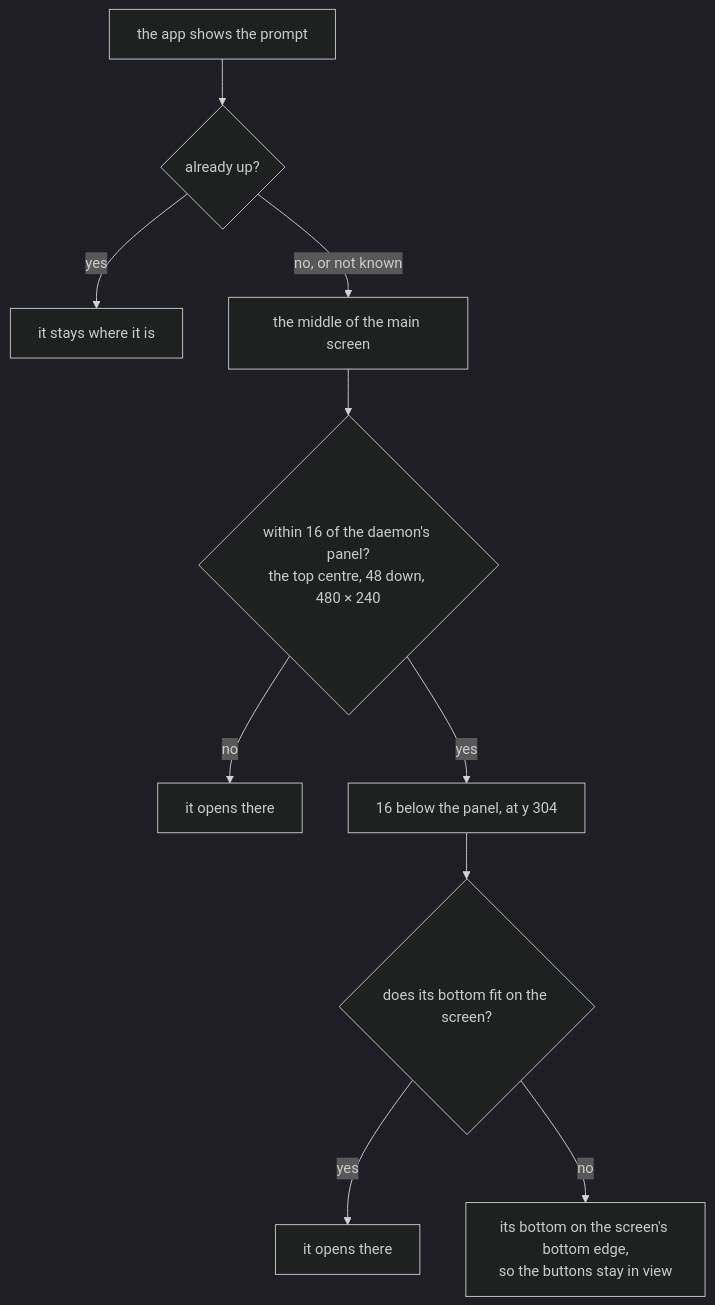
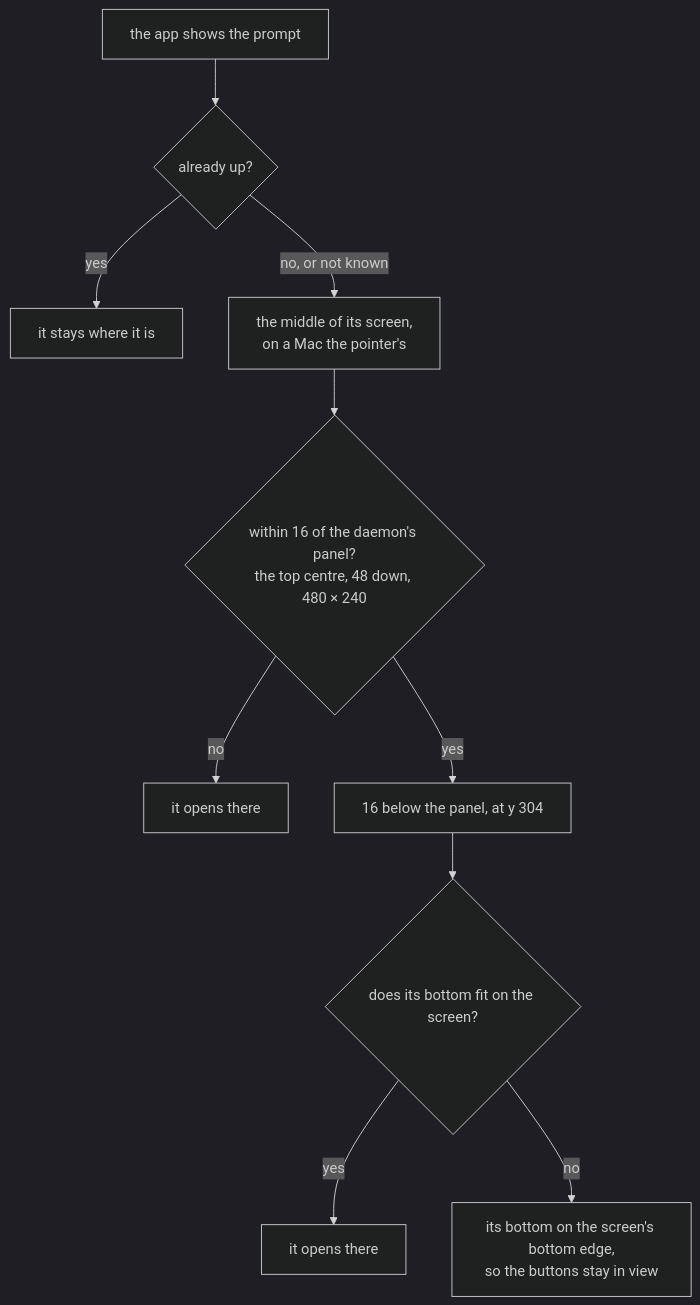
Before and after one commit to gjovanov/roomler-ai: diagram 27 of 44 in docs/desktop-companion.md, drawn with Mermaid (dark theme). The commit also changed other lines of this file and 8 other files, not shown here.

First line of the commit message:
fix(consent): on a Mac with several screens the daemon's panel and the app's prompt open on the pointer's screen

````diff
--- a/docs/desktop-companion.md
+++ b/docs/desktop-companion.md
@@ -2478,12 +2478,12 @@
 ```mermaid
 flowchart TD
     S[the app shows the prompt] --> V{already up?}
     V -- yes --> K[it stays where it is]
-    V -- no, or not known --> M[the middle of the main screen]
+    V -- no, or not known --> M[the middle of its screen,<br/>on a Mac the pointer's]
     M --> N{within 16 of the daemon's panel?<br/>the top centre, 48 down, 480 × 240}
     N -- no --> P[it opens there]
     N -- yes --> B[16 below the panel, at y 304]
     B --> C{does its bottom fit on the screen?}
     C -- yes --> P2[it opens there]
     C -- no --> E[its bottom on the screen's bottom edge,<br/>so the buttons stay in view]
 ```
````
